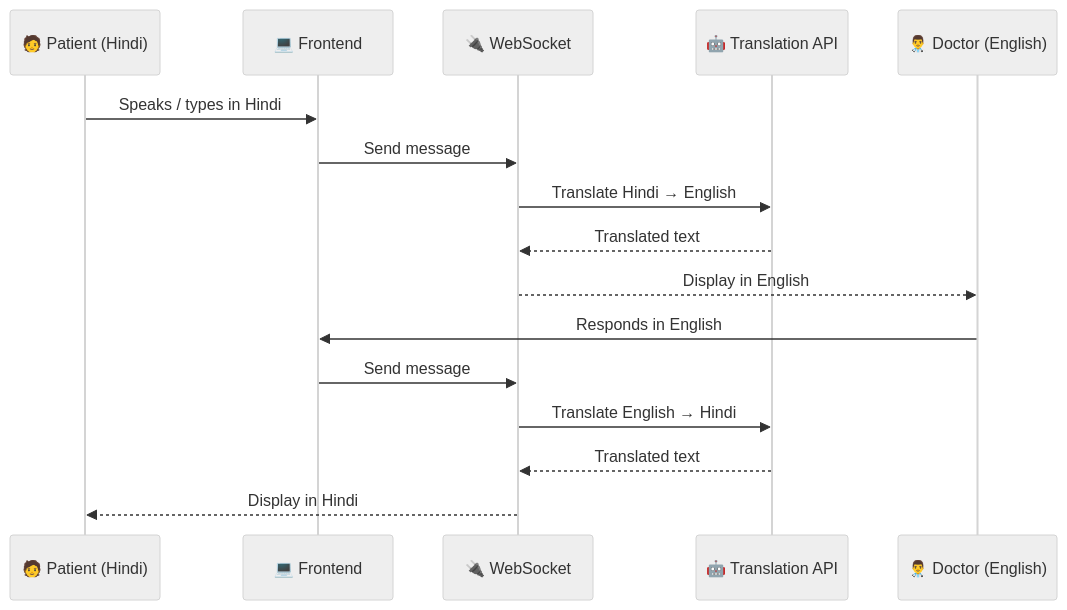
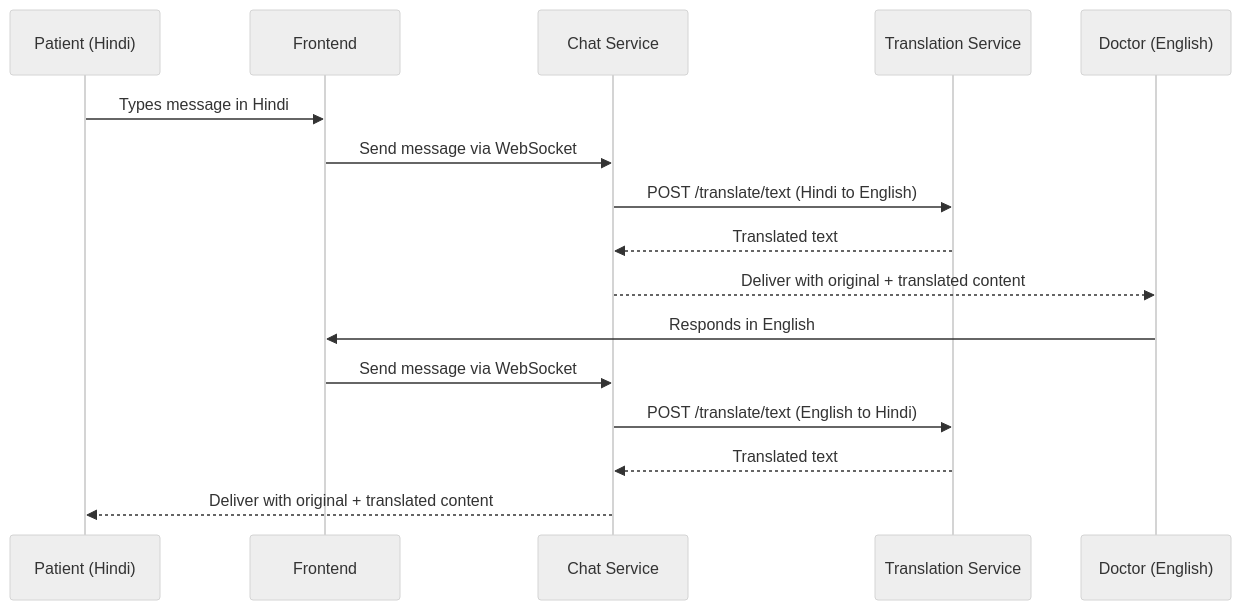
Before and after one commit to shivamgoyalCD/SwasthyaSetu: the first of 6 diagrams in README.md, drawn with Mermaid (neutral theme). The commit also changed other lines of this file, not shown here.

````diff
--- a/README.md
+++ b/README.md
@@ -89,20 +86,20 @@
 ```mermaid
 sequenceDiagram
-    participant P as 🧑 Patient (Hindi)
-    participant FE as 💻 Frontend
-    participant WS as 🔌 WebSocket
-    participant AI as 🤖 Translation API
-    participant D as 👨‍⚕️ Doctor (English)
+    participant P as Patient (Hindi)
+    participant FE as Frontend
+    participant CS as Chat Service
+    participant TS as Translation Service
+    participant D as Doctor (English)
 
-    P->>FE: Speaks / types in Hindi
-    FE->>WS: Send message
-    WS->>AI: Translate Hindi → English
-    AI-->>WS: Translated text
-    WS-->>D: Display in English
+    P->>FE: Types message in Hindi
+    FE->>CS: Send message via WebSocket
+    CS->>TS: POST /translate/text (Hindi to English)
+    TS-->>CS: Translated text
+    CS-->>D: Deliver with original + translated content
 
     D->>FE: Responds in English
-    FE->>WS: Send message
-    WS->>AI: Translate English → Hindi
-    AI-->>WS: Translated text
-    WS-->>P: Display in Hindi
+    FE->>CS: Send message via WebSocket
+    CS->>TS: POST /translate/text (English to Hindi)
+    TS-->>CS: Translated text
+    CS-->>P: Deliver with original + translated content
 ```
````
